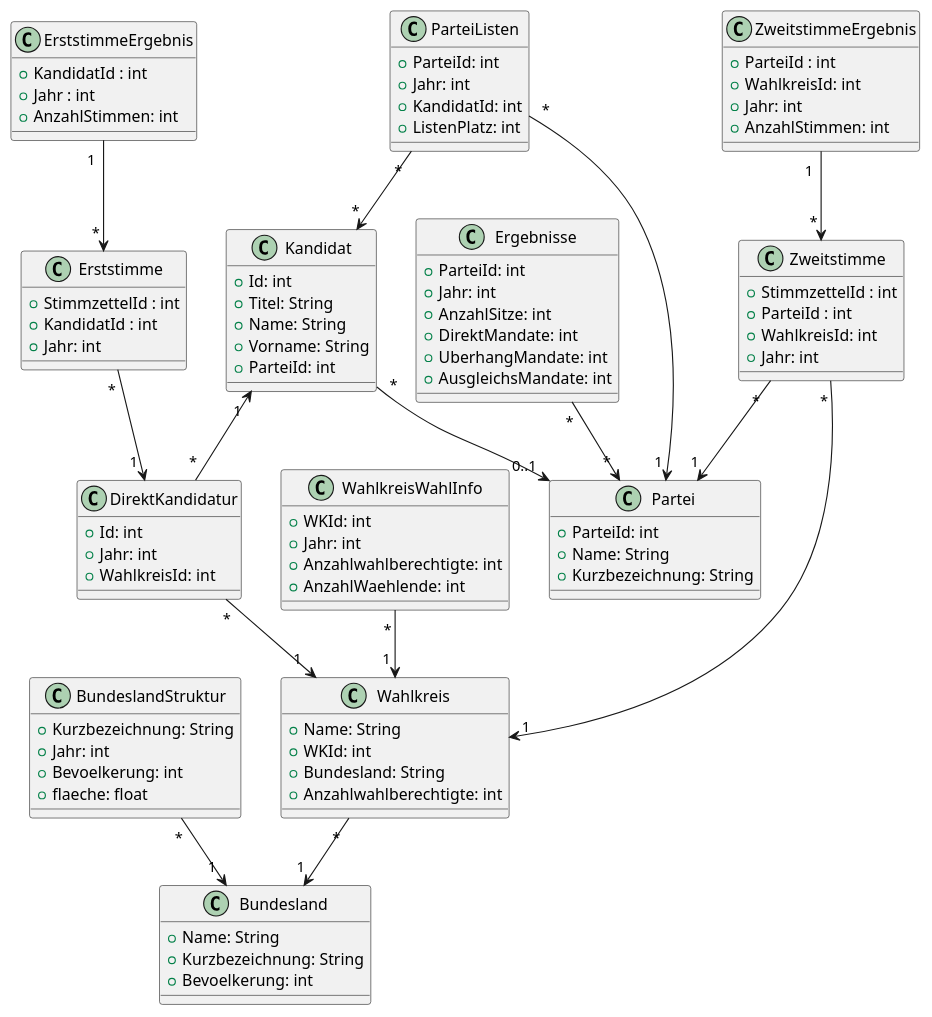
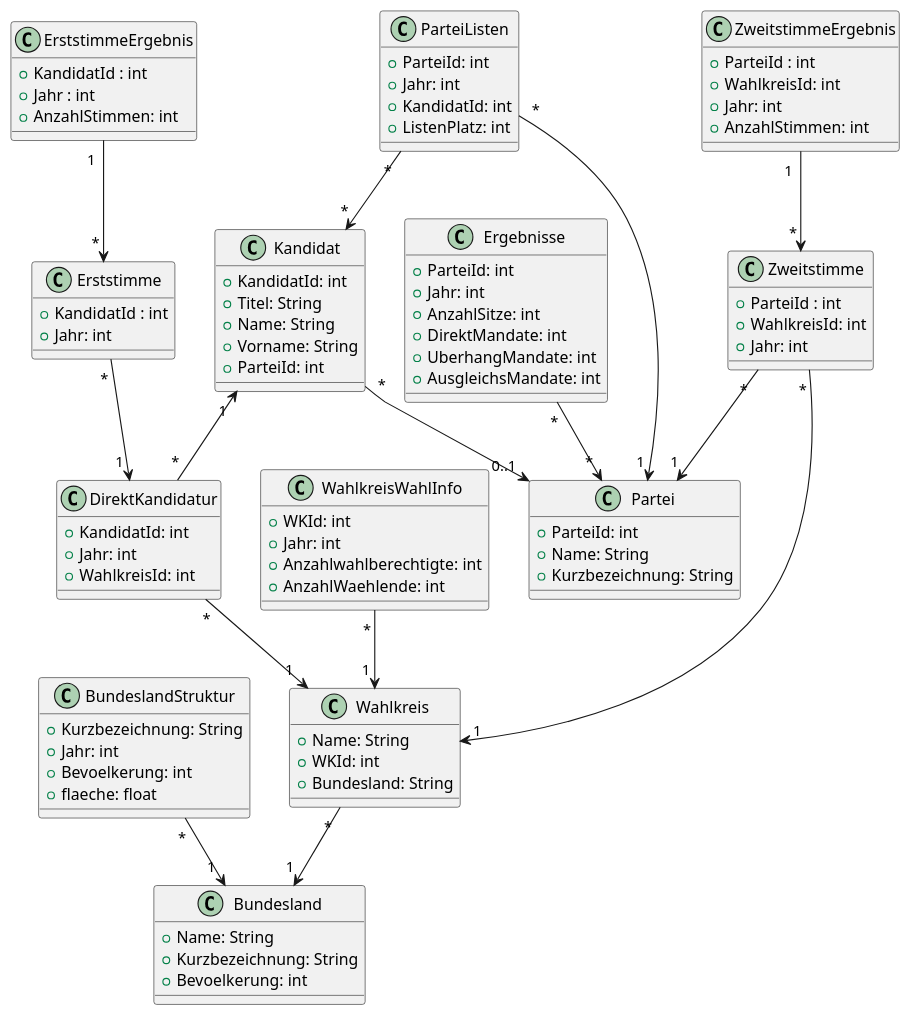
Before and after one commit to RayenManai/BundestagswahlInformationssystem: the diagram in documentation/wahlen.wsd, drawn with PlantUML. The commit also changed 1 other file, not shown here.

```diff
--- a/documentation/wahlen.wsd
+++ b/documentation/wahlen.wsd
@@ -1,124 +1,121 @@
 @startuml
 
 class Ergebnisse {
   + ParteiId: int
   + Jahr: int
   + AnzahlSitze: int
   + DirektMandate: int
   + UberhangMandate: int
   + AusgleichsMandate: int
 }
 
 class ErststimmeErgebnis {
    + KandidatId : int
    + Jahr : int
    + AnzahlStimmen: int
 }
 
 class ZweitstimmeErgebnis {
    + ParteiId : int
    + WahlkreisId: int
    + Jahr: int
    + AnzahlStimmen: int
 }
 
 class Erststimme {
-   + StimmzettelId : int
    + KandidatId : int
    + Jahr: int
 }
 
 class Zweitstimme {
-   + StimmzettelId : int
    + ParteiId : int
    + WahlkreisId: int
    + Jahr: int
 }
 
 class Wahlkreis {
   + Name: String
   + WKId: int
   + Bundesland: String
-  + Anzahlwahlberechtigte: int
 }
 
 class WahlkreisWahlInfo {
   + WKId: int
   + Jahr: int
   + Anzahlwahlberechtigte: int
   + AnzahlWaehlende: int
 }
 
 class Bundesland {
   + Name: String
   + Kurzbezeichnung: String
   + Bevoelkerung: int
 }
 
 class BundeslandStruktur {
   + Kurzbezeichnung: String
   + Jahr: int
   + Bevoelkerung: int
   + flaeche: float
 }
 
 class Kandidat {
-  + Id: int
+  + KandidatId: int
   + Titel: String
   + Name: String
   + Vorname: String
   + ParteiId: int
 }
 
 class DirektKandidatur {
-  + Id: int
+  + KandidatId: int
   + Jahr: int
   + WahlkreisId: int
 }
 
 class Partei {
   + ParteiId: int
   + Name: String
   + Kurzbezeichnung: String
 }
 
 class ParteiListen {
   + ParteiId: int
   + Jahr: int
   + KandidatId: int
   + ListenPlatz: int
 }
 
 
 
 Wahlkreis " * " --> " 1 " Bundesland 
 
 WahlkreisWahlInfo " * " --> " 1 " Wahlkreis
 
 BundeslandStruktur " * " --> " 1 " Bundesland
 
 
 ParteiListen " * " --> " 1 " Partei
 
 ParteiListen " * " -->  " * " Kandidat
 
 Kandidat " *  " --> " 0..1 " Partei
 
 Kandidat " 1 " <-- " * " DirektKandidatur
 
 DirektKandidatur " * " --> " 1 " Wahlkreis
 
 Zweitstimme "  * " --> " 1 " Partei
 
 Zweitstimme " * " --> " 1 " Wahlkreis
 
 Erststimme " * " --> " 1 " DirektKandidatur
 
 Ergebnisse  " * "  --> " * "  Partei
 
 ZweitstimmeErgebnis " 1  " --> " * "  Zweitstimme
 
 ErststimmeErgebnis " 1  " --> " * "  Erststimme
 
 
 @enduml
```
